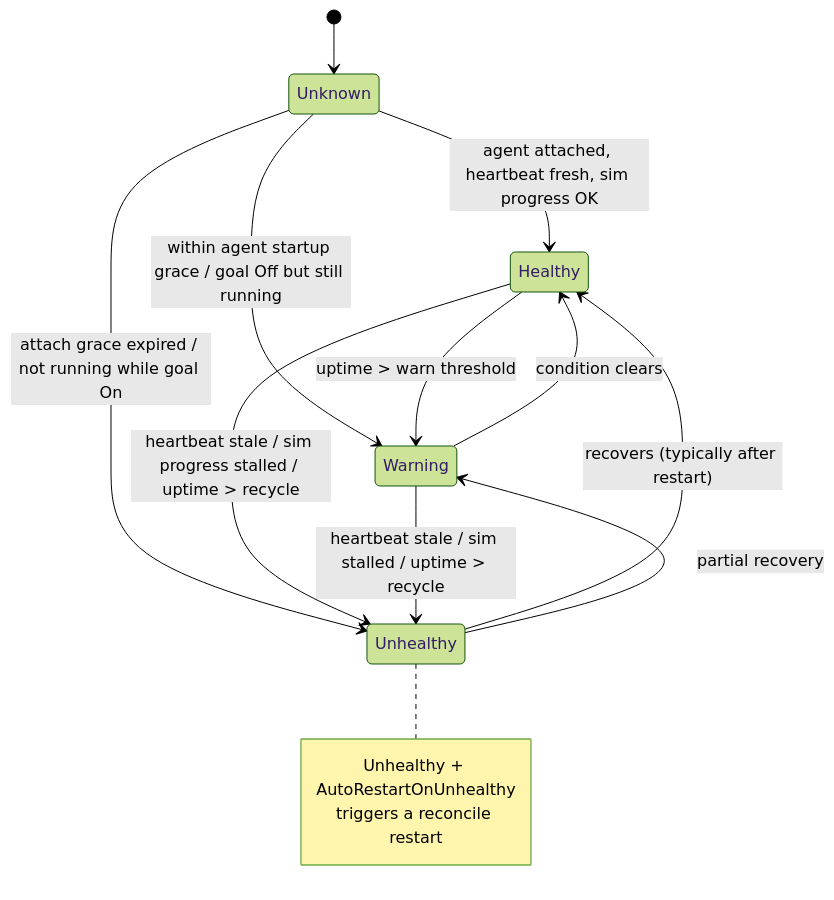
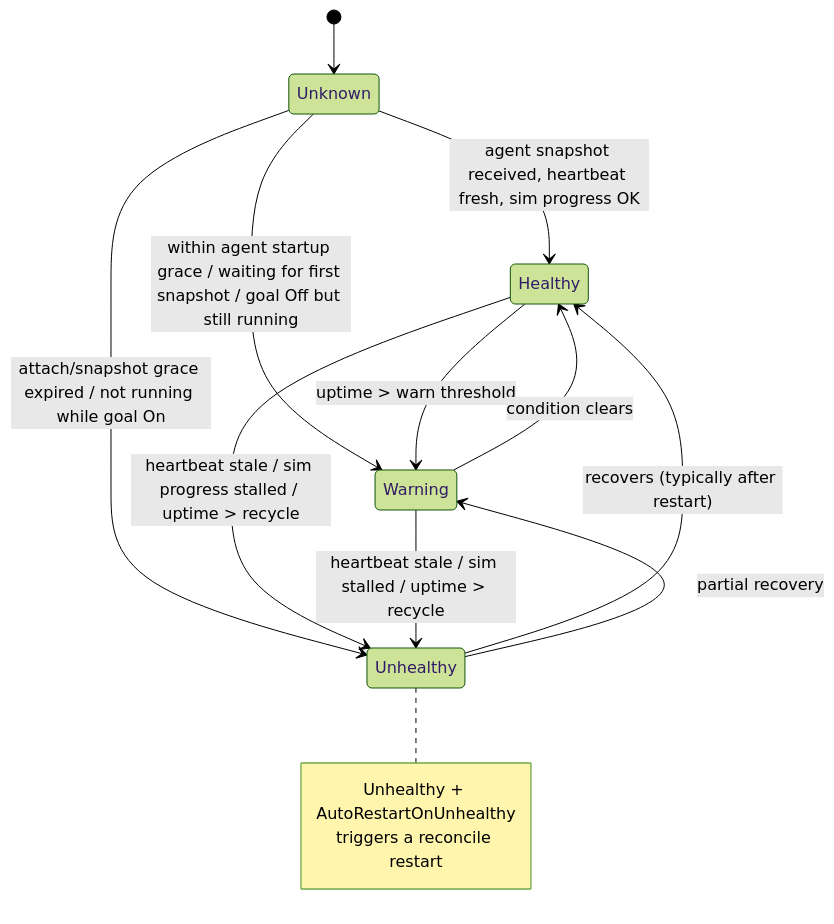
The third of 3 diagrams in Docs/StateMachines/DedicatedServerLifecycle.md (CometWorks/quasar), drawn with Mermaid (forest theme) before and after one commit. The commit also changed other lines of this file and 9 other files, not shown here.

First line of the commit message:
fix(agent): Improve health assessment for agent startup and reconnects

````diff
--- a/Docs/StateMachines/DedicatedServerLifecycle.md
+++ b/Docs/StateMachines/DedicatedServerLifecycle.md
@@ -157,17 +160,17 @@
 ```mermaid
 stateDiagram-v2
     [*] --> Unknown
-    Unknown --> Healthy: agent attached, heartbeat fresh, sim progress OK
-    Unknown --> Warning: within agent startup grace / goal Off but still running
-    Unknown --> Unhealthy: attach grace expired / not running while goal On
+    Unknown --> Healthy: agent snapshot received, heartbeat fresh, sim progress OK
+    Unknown --> Warning: within agent startup grace / waiting for first snapshot / goal Off but still running
+    Unknown --> Unhealthy: attach/snapshot grace expired / not running while goal On
     Healthy --> Warning: uptime > warn threshold
     Healthy --> Unhealthy: heartbeat stale / sim progress stalled / uptime > recycle
     Warning --> Healthy: condition clears
     Warning --> Unhealthy: heartbeat stale / sim stalled / uptime > recycle
     Unhealthy --> Healthy: recovers (typically after restart)
     Unhealthy --> Warning: partial recovery
     note right of Unhealthy
         Unhealthy + AutoRestartOnUnhealthy
         triggers a reconcile restart
     end note
 ```
````
